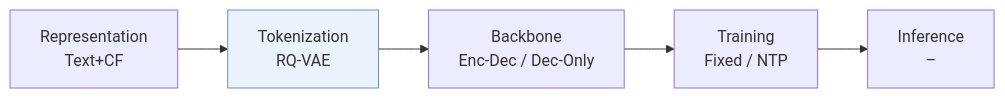
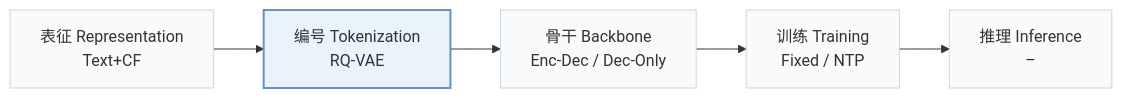
Before and after one commit to Galaxy-ghost/Awesome-SID-Generative-Rec: the first of 2 diagrams in pages/zh/papers/dact.md, drawn with Mermaid. The commit also changed other lines of this file and 649 other files, not shown here.

Commit message:
writer-05: also tags and modality index (schema, check, build, visuals); summary field removed; calibration data for 12 papers

````diff
--- a/pages/zh/papers/dact.md
+++ b/pages/zh/papers/dact.md
@@ -13,6 +15,8 @@
 ```mermaid
 flowchart LR
-    R["Representation<br/>Text+CF"] --> T["Tokenization<br/>RQ-VAE"] --> B["Backbone<br/>Enc-Dec / Dec-Only"] --> TR["Training<br/>Fixed / NTP"] --> I["Inference<br/>–"]
-    classDef main fill:#eaf2fb,stroke:#6b8fc7
+    R["表征 Representation<br/>Text+CF"] --> T["编号 Tokenization<br/>RQ-VAE"] --> B["骨干 Backbone<br/>Enc-Dec / Dec-Only"] --> TR["训练 Training<br/>Fixed / NTP"] --> I["推理 Inference<br/>–"]
+    classDef base fill:#f8fafc,stroke:#cbd5e1
+    class R,T,B,TR,I base
+    classDef main fill:#eaf2fb,stroke:#6b8fc7,stroke-width:2px
     class T main
 ```
````
